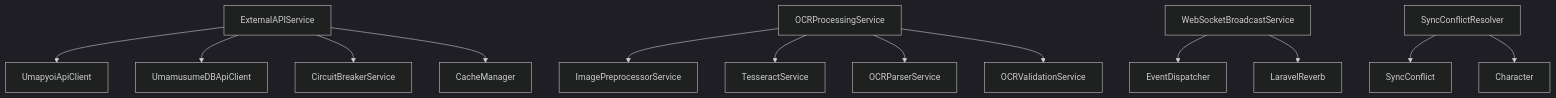
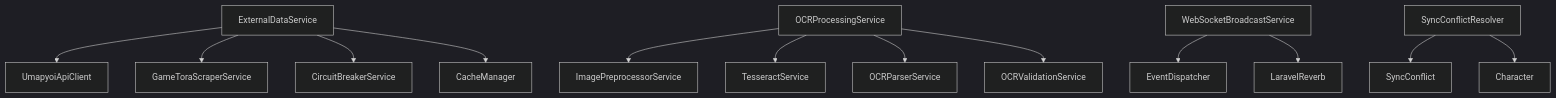
Before and after one commit to exatfrds67/umamusume-career-planner: the eighth of 9 diagrams in docs/01-tech-flow/TECH-FLOW-007_External_Integration_Flow.md, drawn with Mermaid (dark theme). The commit also changed other lines of this file and 111 other files, not shown here.

````diff
--- a/docs/01-tech-flow/TECH-FLOW-007_External_Integration_Flow.md
+++ b/docs/01-tech-flow/TECH-FLOW-007_External_Integration_Flow.md
@@ -1304,18 +1304,18 @@
 ```mermaid
 flowchart TD
-    ExternalAPIService --> UmapyoiApiClient
-    ExternalAPIService --> UmamusumeDBApiClient
-    ExternalAPIService --> CircuitBreakerService
-    ExternalAPIService --> CacheManager
+    ExternalDataService --> UmapyoiApiClient
+    ExternalDataService --> GameToraScraperService
+    ExternalDataService --> CircuitBreakerService
+    ExternalDataService --> CacheManager
     
     OCRProcessingService --> ImagePreprocessorService
     OCRProcessingService --> TesseractService
     OCRProcessingService --> OCRParserService
     OCRProcessingService --> OCRValidationService
     
     WebSocketBroadcastService --> EventDispatcher
     WebSocketBroadcastService --> LaravelReverb
     
     SyncConflictResolver --> SyncConflict
     SyncConflictResolver --> Character
 ```
````
